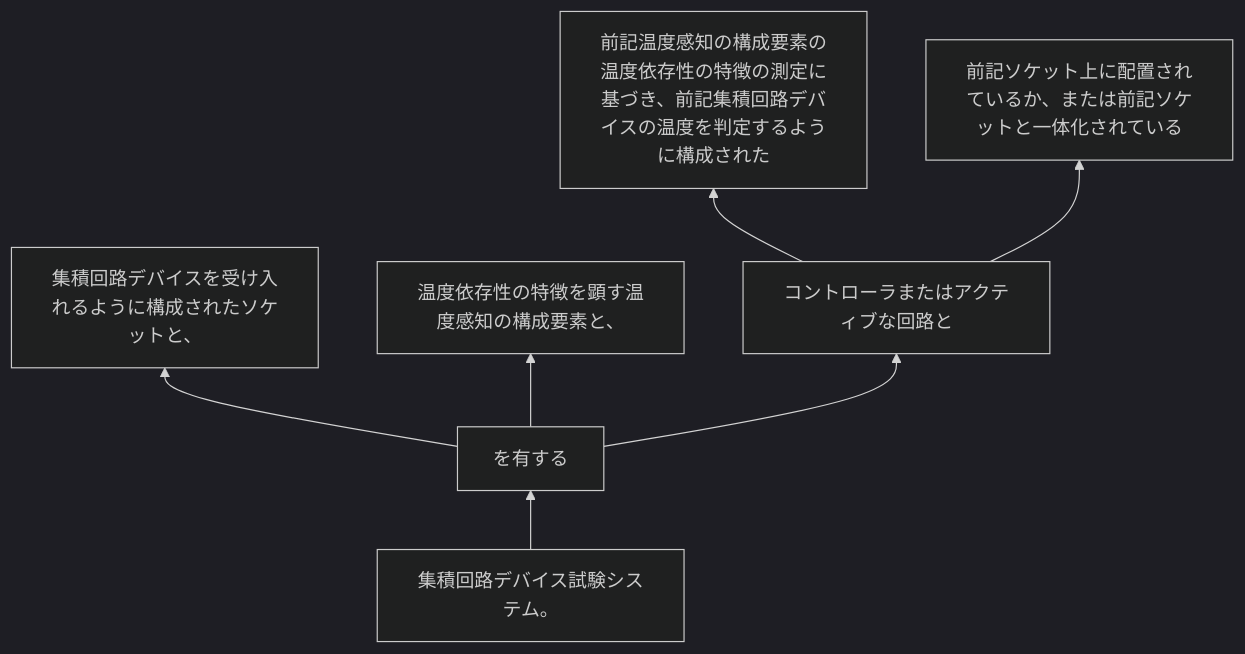
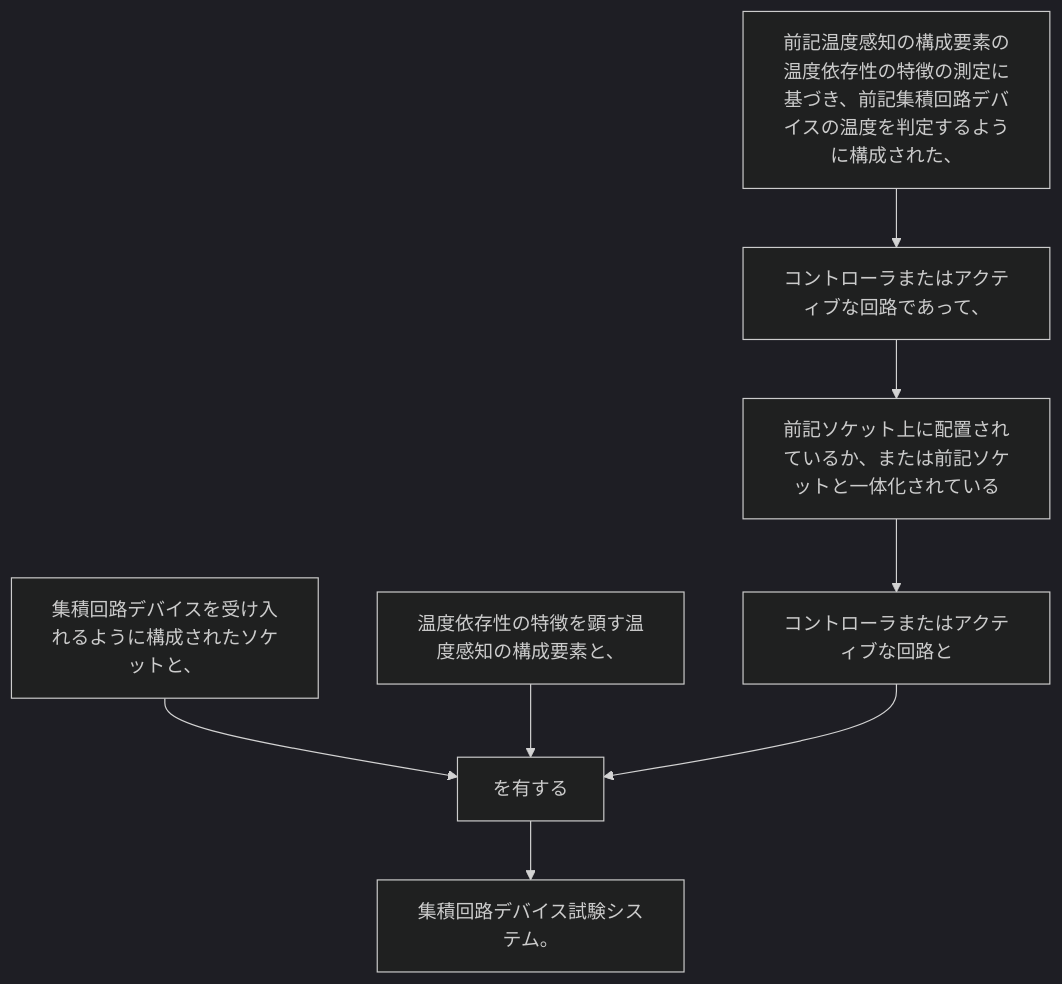
Before and after one commit to shinmori55/patent_analyzed: the diagram in 2024/JP2024023283A/claim_39/README.md, drawn with Mermaid (dark theme). The commit also changed 336 other files, not shown here.

````diff
--- a/2024/JP2024023283A/claim_39/README.md
+++ b/2024/JP2024023283A/claim_39/README.md
@@ -4,17 +4,18 @@
 ```mermaid
-flowchart BT
-G[集積回路デバイス試験システム。]
-F[を有する]
+flowchart TD
 A[集積回路デバイスを受け入れるように構成されたソケットと、]
 B[温度依存性の特徴を顕す温度感知の構成要素と、]
-E[コントローラまたはアクティブな回路と]
-C[前記温度感知の構成要素の温度依存性の特徴の測定に基づき、前記集積回路デバイスの温度を判定するように構成された]
-D[前記ソケット上に配置されているか、または前記ソケットと一体化されている]
-
-G --> F
-F --> A
-F --> B
-F --> E
-E --> C
-E --> D
+C[前記温度感知の構成要素の温度依存性の特徴の測定に基づき、前記集積回路デバイスの温度を判定するように構成された、]
+D[コントローラまたはアクティブな回路であって、]
+E[前記ソケット上に配置されているか、または前記ソケットと一体化されている]
+F[コントローラまたはアクティブな回路と]
+G[を有する]
+H[集積回路デバイス試験システム。]
+A --> G
+B --> G
+C --> D
+D --> E
+E --> F
+F --> G
+G --> H
 ```
````
